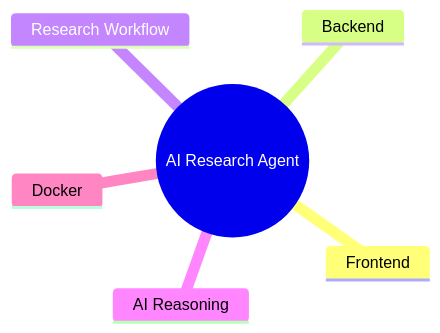
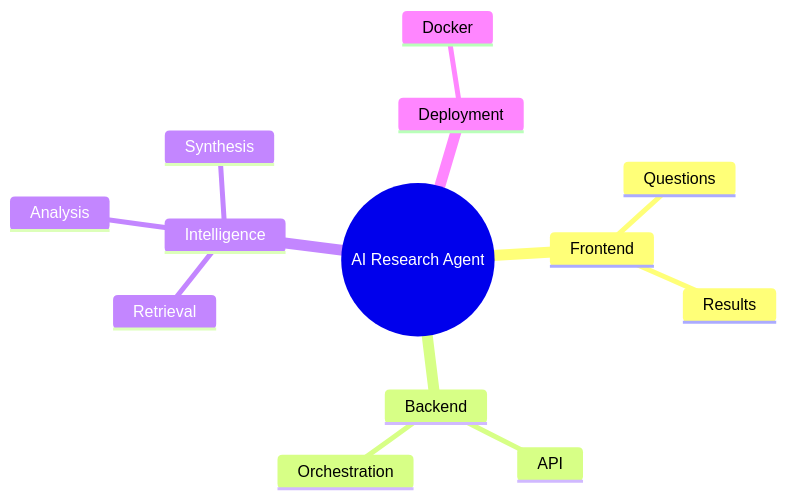
The fourth of 4 diagrams in README.md (Priyanshu710-ui/AI-Research-Agent), drawn with Mermaid before and after one commit. The commit also changed other lines of this file, not shown here.

Commit message:
Replace diagram-only README with detailed AI project documentation

````diff
--- a/README.md
+++ b/README.md
@@ -45,9 +124,16 @@
 ```mermaid
 mindmap
   root((AI Research Agent))
     Frontend
+      Questions
+      Results
     Backend
-    Research Workflow
-    AI Reasoning
-    Docker
+      API
+      Orchestration
+    Intelligence
+      Retrieval
+      Analysis
+      Synthesis
+    Deployment
+      Docker
 ```
````
